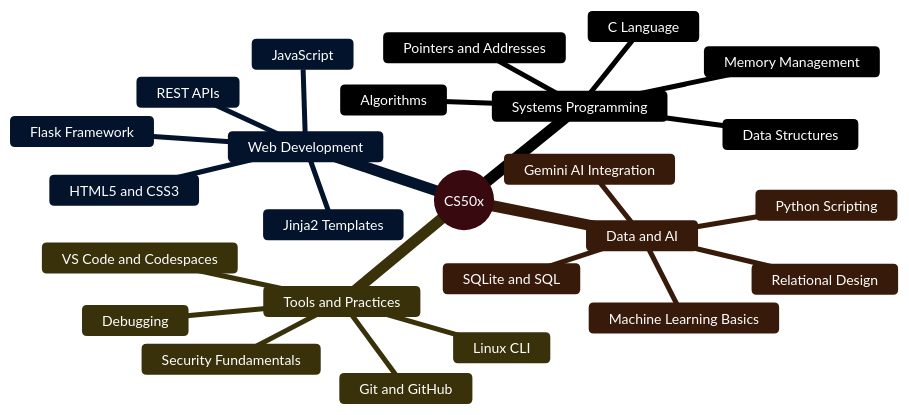
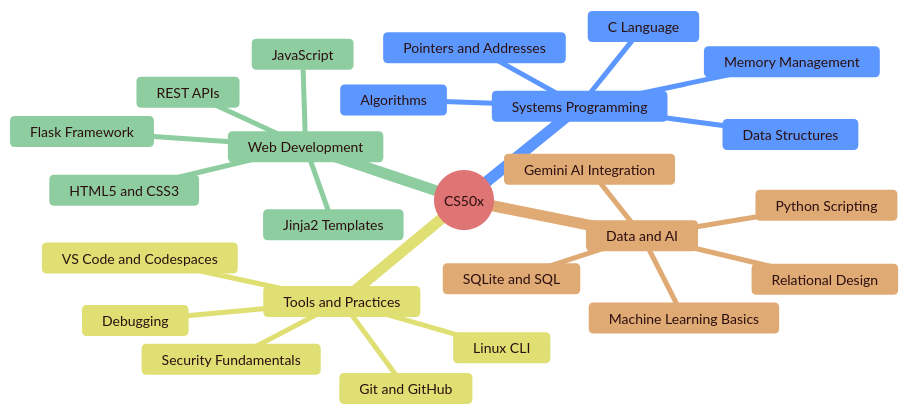
One commit to bavish007/cs50x changed the second of 2 diagrams in README.md. Above: the diagram before and after it, drawn with Mermaid.

Commit message:
Update README.md with new content

````diff
--- a/README.md
+++ b/README.md
@@ -197,29 +197,39 @@
 ```mermaid
-%%{init: {'theme': 'base', 'themeVariables': {'primaryColor': '#A51C30', 'primaryTextColor': '#ffffff', 'primaryBorderColor': '#8B0000', 'lineColor': '#C9D1D9', 'secondaryColor': '#1B4332', 'secondaryTextColor': '#ffffff', 'tertiaryColor': '#0D47A1', 'tertiaryTextColor': '#ffffff', 'fontSize': '14px'}}}%%
+%%{init: {'theme': 'base', 'themeVariables': {
+  'primaryColor': '#f7dcdc',
+  'primaryTextColor': '#2c0f0f',
+  'primaryBorderColor': '#8B0000',
+  'secondaryColor': '#dbe8ff',
+  'secondaryTextColor': '#102b54',
+  'tertiaryColor': '#e6f4ea',
+  'tertiaryTextColor': '#1d3a21',
+  'lineColor': '#8B0000',
+  'fontSize': '14px'
+}}}%%
 mindmap
   root((CS50x))
     Systems Programming
       C Language
       Memory Management
       Pointers and Addresses
       Data Structures
       Algorithms
     Web Development
       HTML5 and CSS3
       JavaScript
       Flask Framework
       Jinja2 Templates
       REST APIs
     Data and AI
       SQLite and SQL
       Relational Design
       Python Scripting
       Gemini AI Integration
       Machine Learning Basics
     Tools and Practices
       Git and GitHub
       Linux CLI
       VS Code and Codespaces
       Debugging
       Security Fundamentals
 ```
````
